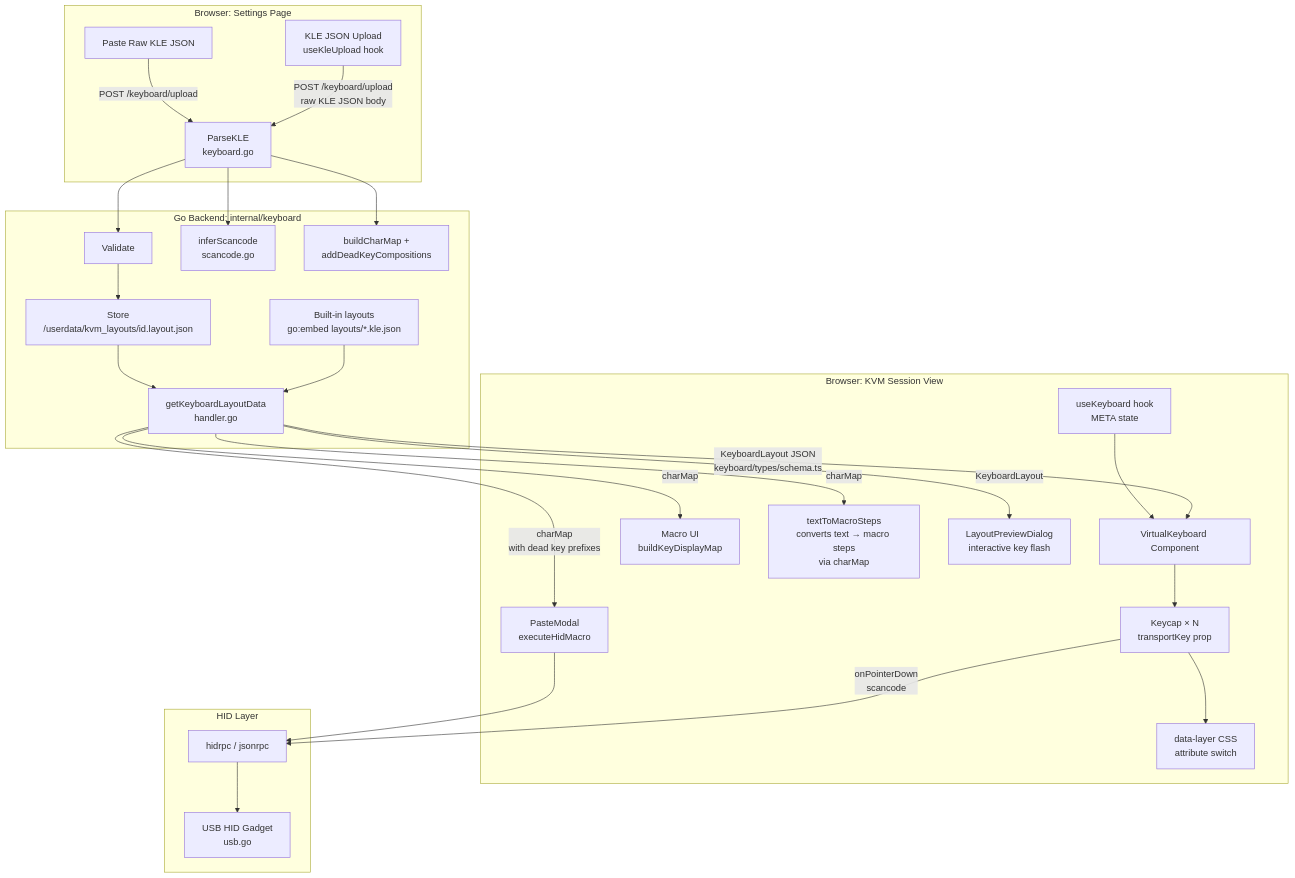
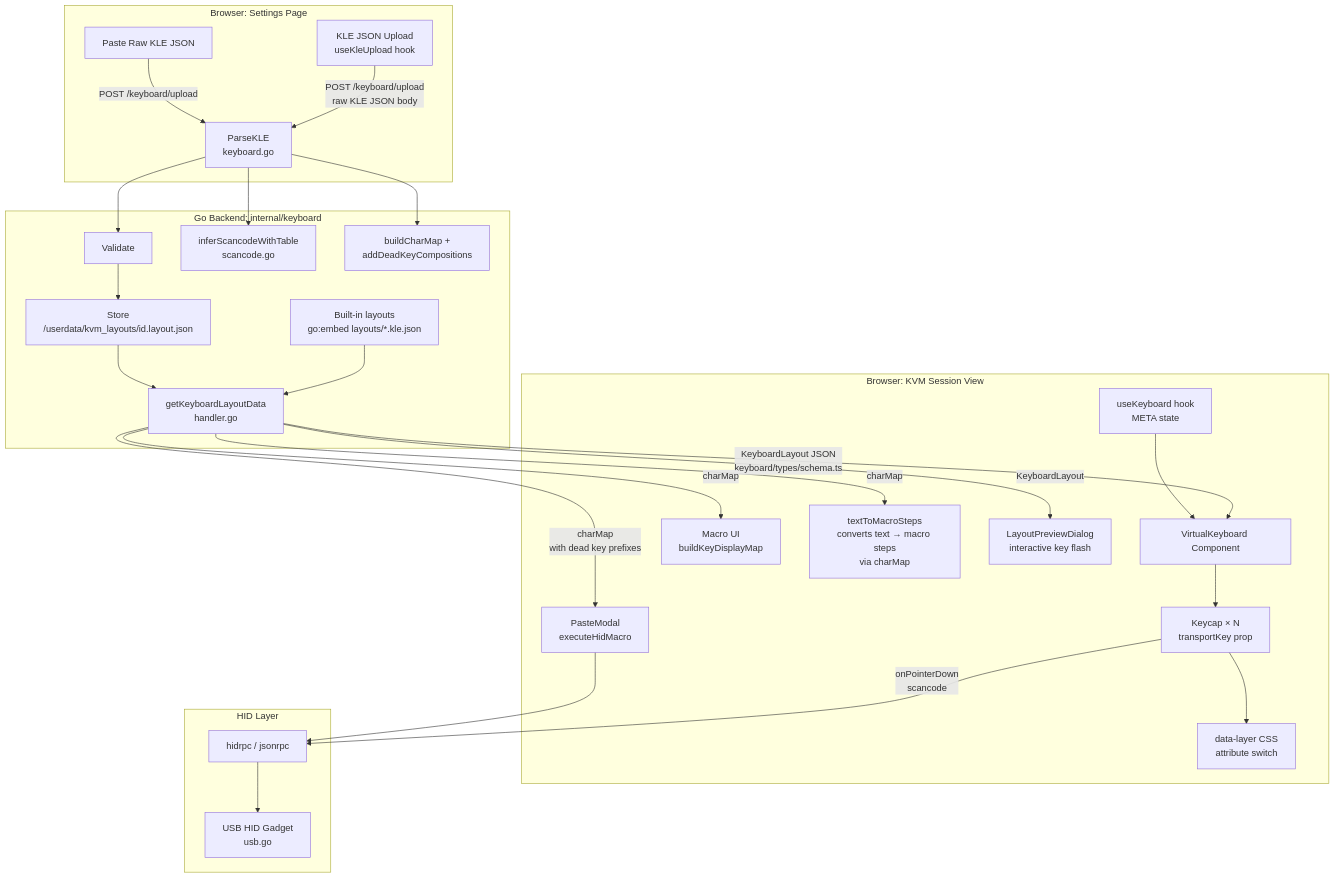
One commit to jetkvm/kvm changed the first of 3 diagrams in docs/keyboard/DESIGN.md. Above: the diagram before and after it, drawn with Mermaid. The commit also changed other lines of this file and 2 other files, not shown here.

````diff
--- a/docs/keyboard/DESIGN.md
+++ b/docs/keyboard/DESIGN.md
@@ -81,33 +79,33 @@
 ```mermaid
 graph TD
     subgraph "Browser: Settings Page"
         UP[KLE JSON Upload\nuseKleUpload hook] -->|POST /keyboard/upload\nraw KLE JSON body| GOPARSE
         RAWPASTE[Paste Raw KLE JSON] -->|POST /keyboard/upload| GOPARSE
     end
 
     subgraph "Go Backend: internal/keyboard"
         GOPARSE[ParseKLE\nkeyboard.go] --> VALIDATE[Validate]
         VALIDATE --> STORE[Store\n/userdata/kvm_layouts/id.layout.json]
-        GOPARSE --> SCANCODE[inferScancode\nscancode.go]
+        GOPARSE --> SCANCODE[inferScancodeWithTable\nscancode.go]
         GOPARSE --> CHARMAP[buildCharMap +\naddDeadKeyCompositions]
         BUILTINS[Built-in layouts\ngo:embed layouts/*.kle.json] --> RPC
         STORE --> RPC[getKeyboardLayoutData\nhandler.go]
     end
 
     subgraph "Browser: KVM Session View"
         RPC -->|KeyboardLayout JSON\nkeyboard/types/schema.ts| VKB[VirtualKeyboard Component]
         META[useKeyboard hook\nMETA state] --> VKB
         VKB --> KEYCAP[Keycap × N\ntransportKey prop]
         KEYCAP --> CSS[data-layer CSS\nattribute switch]
         RPC -->|charMap\nwith dead key prefixes| PASTE[PasteModal\nexecuteHidMacro]
         RPC -->|charMap| MACROS[Macro UI\nbuildKeyDisplayMap]
         RPC -->|charMap| TYPEMACRO[textToMacroSteps\nconverts text → macro steps\nvia charMap]
         RPC -->|KeyboardLayout| PREVIEW[LayoutPreviewDialog\ninteractive key flash]
     end
 
     subgraph "HID Layer"
         KEYCAP -->|onPointerDown\nscancode| HIDRPC[hidrpc / jsonrpc]
         PASTE --> HIDRPC
         HIDRPC --> USB[USB HID Gadget\nusb.go]
     end
 ```
````
